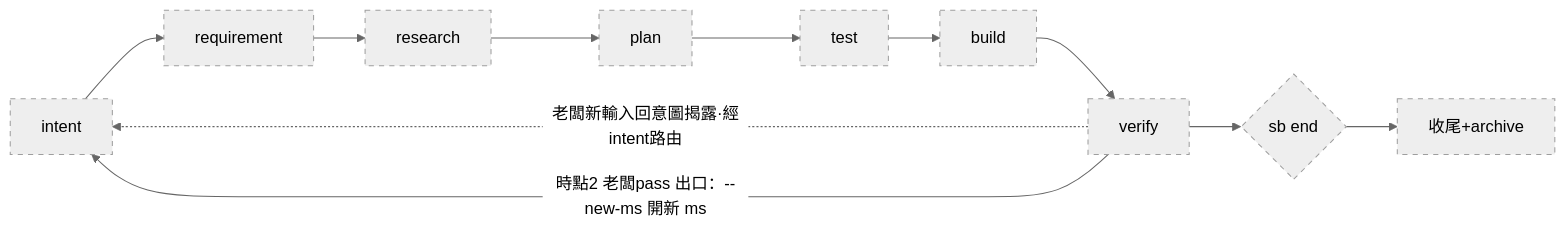
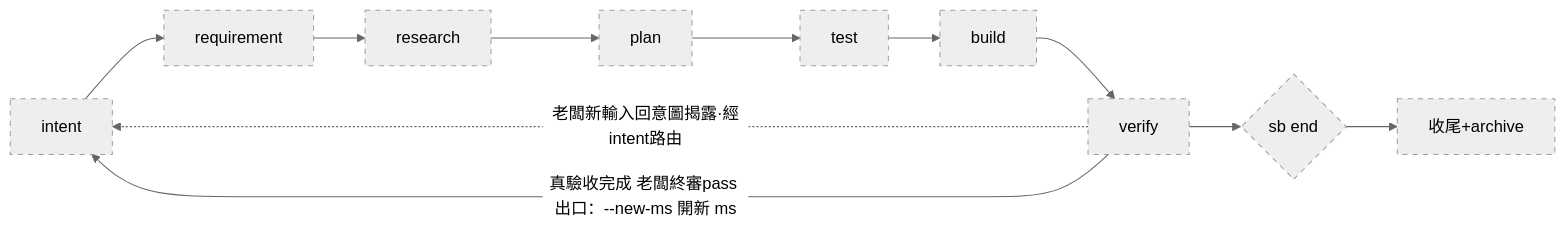
One commit to teps3105/shiftblame changed the first of 3 diagrams in skills/shiftblame/assets/SLUG.md. Above: the diagram before and after it, drawn with Mermaid (neutral theme). The commit also changed other lines of this file and 28 other files, not shown here.

````diff
--- a/skills/shiftblame/assets/SLUG.md
+++ b/skills/shiftblame/assets/SLUG.md
@@ -70,11 +70,11 @@
 ```mermaid
 flowchart LR
     A[intent]:::todo --> B[requirement]:::todo --> C[research]:::todo --> D[plan]:::todo
     D --> E[test]:::todo --> F[build]:::todo --> G[verify]:::todo
     G -.->|老闆新輸入回意圖揭露·經intent路由| A
-    G -->|時點2 老闆pass 出口：--new-ms 開新 ms| A
+    G -->|真驗收完成 老闆終審pass 出口：--new-ms 開新 ms| A
     G --> H{sb end}:::todo --> I[收尾+archive]:::todo
     classDef done fill:#c8e6c9,stroke:#388e3c
     classDef active fill:#ffe082,stroke:#f57f17,stroke-width:3px
     classDef todo fill:#eeeeee,stroke:#9e9e9e,stroke-dasharray: 5 5
 ```
````
